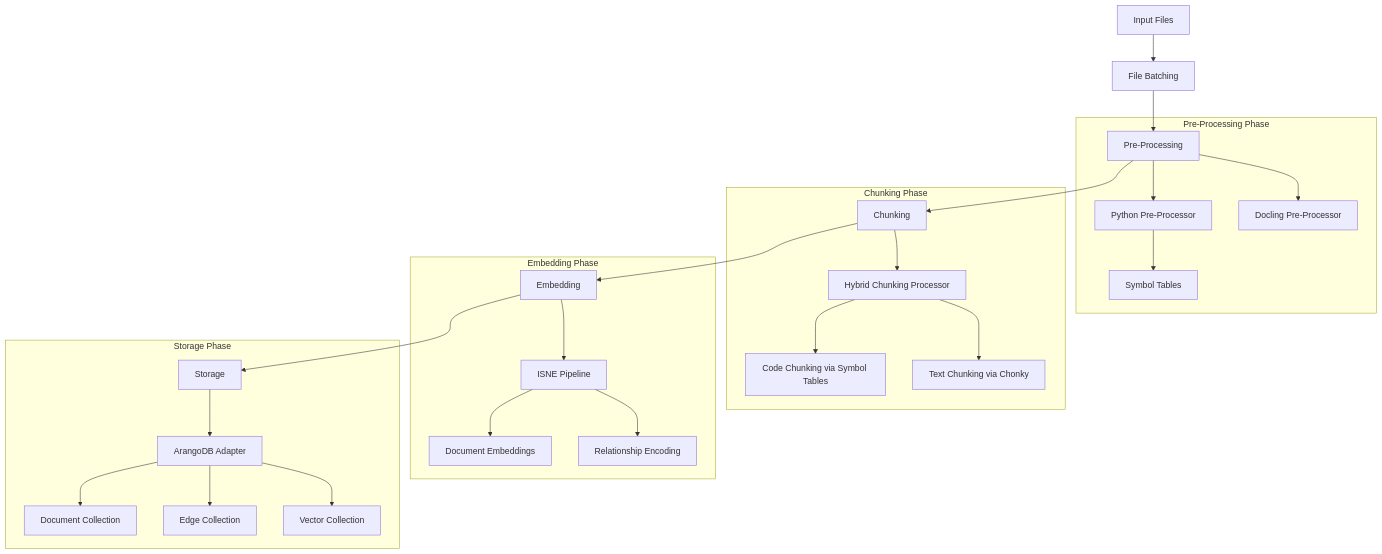
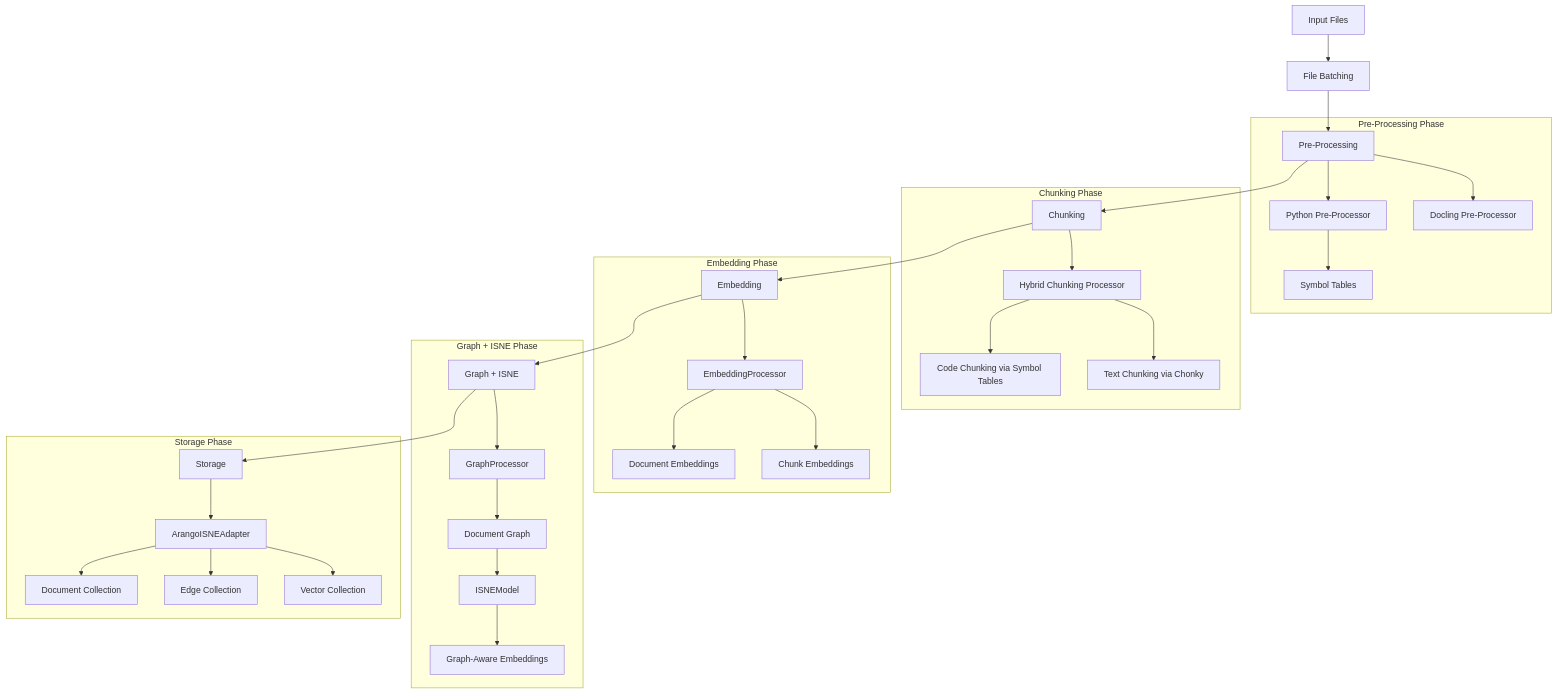
One commit to r3d91ll/HADES-PathRAG changed the first of 9 diagrams in docs/ingestion_system.md. Above: the diagram before and after it, drawn with Mermaid. The commit also changed other lines of this file and 34 other files, not shown here.

````diff
--- a/docs/ingestion_system.md
+++ b/docs/ingestion_system.md
@@ -39,33 +52,41 @@
 ```mermaid
 graph TD
     A[Input Files] --> B[File Batching]
     B --> C[Pre-Processing]
     C --> D[Chunking]
     D --> E[Embedding]
-    E --> F[Storage]
+    E --> F[Graph + ISNE]
+    F --> G[Storage]
     
     subgraph "Pre-Processing Phase"
         C --> C1[Python Pre-Processor]
         C --> C2[Docling Pre-Processor]
         C1 --> C3[Symbol Tables]
     end
     
     subgraph "Chunking Phase"
         D --> D1[Hybrid Chunking Processor]
         D1 --> D2[Code Chunking via Symbol Tables]
         D1 --> D3[Text Chunking via Chonky]
     end
     
     subgraph "Embedding Phase"
-        E --> E1[ISNE Pipeline]
+        E --> E1[EmbeddingProcessor]
         E1 --> E2[Document Embeddings]
-        E1 --> E3[Relationship Encoding]
+        E1 --> E3[Chunk Embeddings]
+    end
+    
+    subgraph "Graph + ISNE Phase"
+        F --> F1[GraphProcessor]
+        F1 --> F2[Document Graph]
+        F2 --> F3[ISNEModel]
+        F3 --> F4[Graph-Aware Embeddings]
     end
     
     subgraph "Storage Phase"
-        F --> F1[ArangoDB Adapter]
-        F1 --> F2[Document Collection]
-        F1 --> F3[Edge Collection]
-        F1 --> F4[Vector Collection]
+        G --> G1[ArangoISNEAdapter]
+        G1 --> G2[Document Collection]
+        G1 --> G3[Edge Collection]
+        G1 --> G4[Vector Collection]
     end
 ```
````
